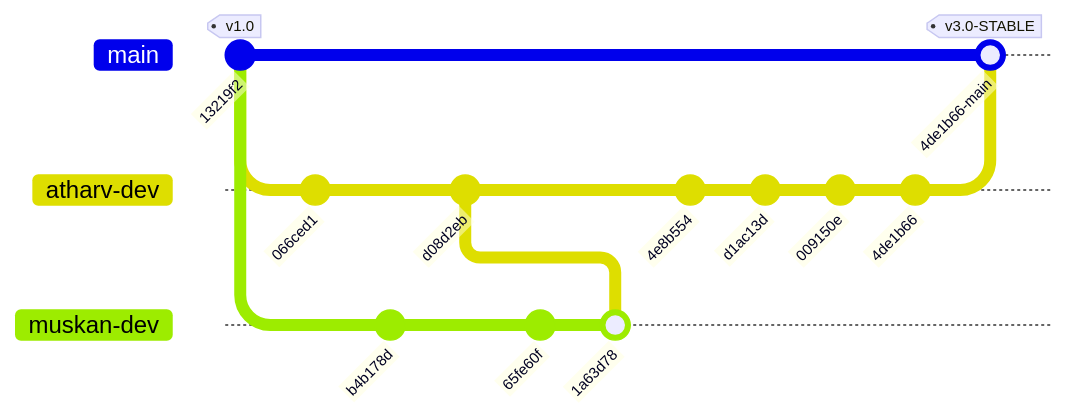
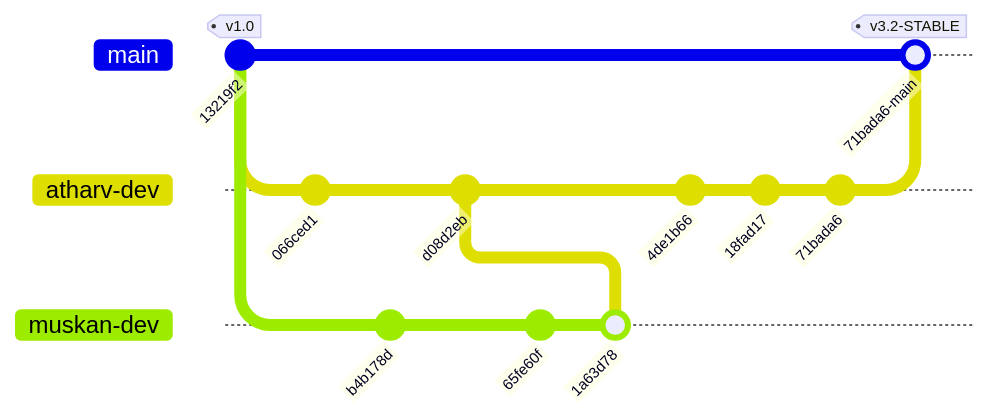
Before and after one commit to Redkrossresearch/api-security-scanner: the diagram in collaboration_log.md, drawn with Mermaid. The commit also changed other lines of this file and 1 other file, not shown here.

````diff
--- a/collaboration_log.md
+++ b/collaboration_log.md
@@ -21,22 +23,21 @@
 ```mermaid
 gitGraph
     commit id: "13219f2" tag: "v1.0"
     branch atharv-dev
     branch muskan-dev
     checkout atharv-dev
     commit id: "066ced1" msg: "Real Web Search RAG & Tagging"
     checkout muskan-dev
     commit id: "b4b178d" msg: "CitationCard & Sources Panel"
     checkout atharv-dev
     commit id: "d08d2eb" msg: "AI Remediation & Certificate Engine"
     checkout muskan-dev
     commit id: "65fe60f" msg: "Compliance Radar & Chart Sizing"
     merge atharv-dev id: "1a63d78"
     checkout atharv-dev
-    commit id: "4e8b554" msg: "Scan Engine Telemetry & PostCSS Fix"
-    commit id: "d1ac13d" msg: "Network Vercel URL Auto-fallback"
-    commit id: "009150e" msg: "Cloud API Status Badge"
     commit id: "4de1b66" msg: "Render Socket Clean Reconnection"
+    commit id: "18fad17" msg: "Queue Monitor 100% Full-Width Overhaul"
+    commit id: "71bada6" msg: "Complete Settings, Queue Telemetry & Scanner Bar"
     checkout main
-    merge atharv-dev id: "4de1b66-main" tag: "v3.0-STABLE"
+    merge atharv-dev id: "71bada6-main" tag: "v3.2-STABLE"
 ```
````
